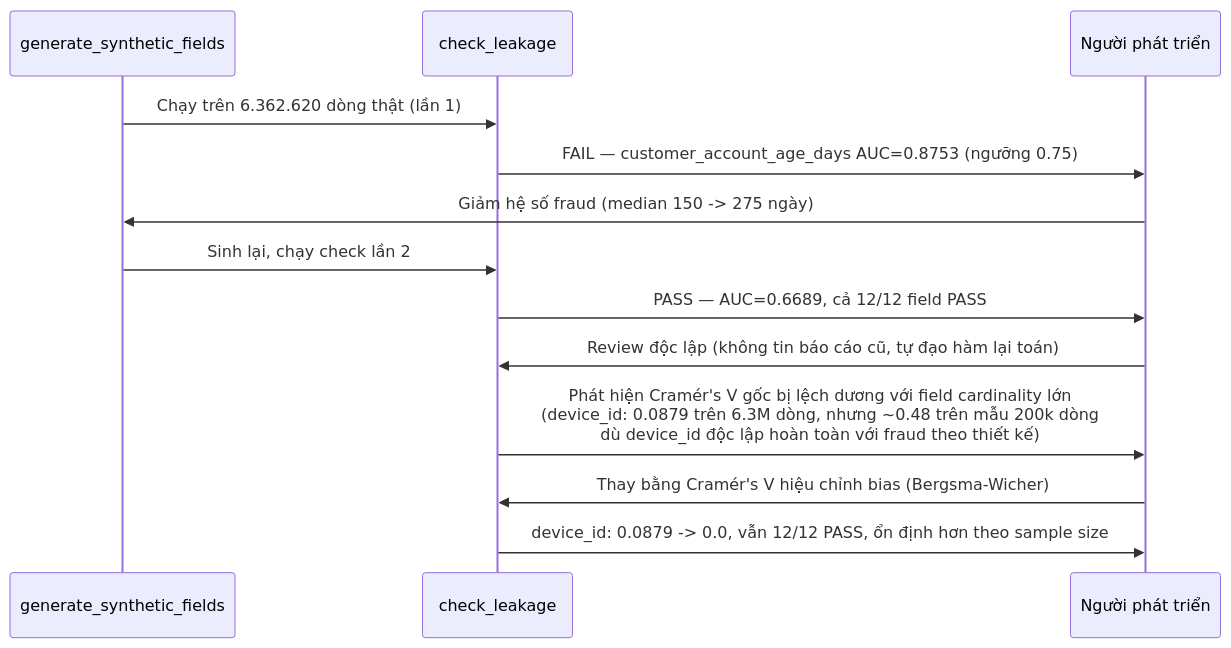
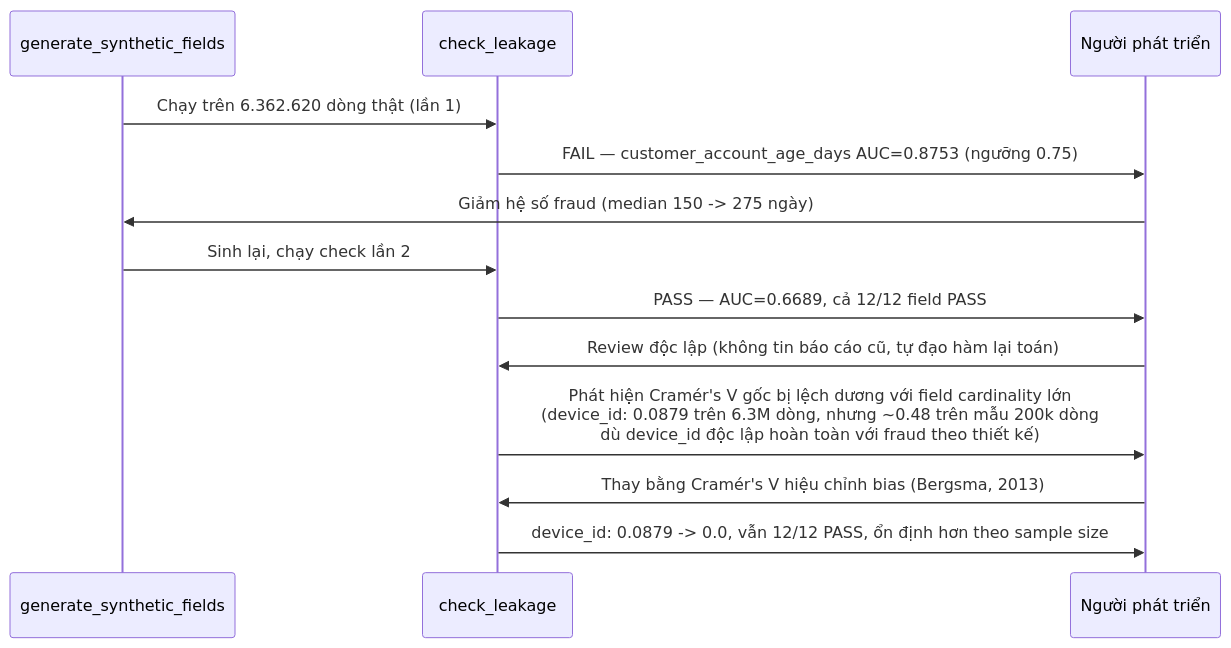
One commit to sutobode/BA_Project changed the seventh of 9 diagrams in README.md. Above: the diagram before and after it, drawn with Mermaid. The commit also changed 3 other files, not shown here.

````diff
--- a/README.md
+++ b/README.md
@@ -141,17 +141,17 @@
 ```mermaid
 sequenceDiagram
     participant Gen as generate_synthetic_fields
     participant Check as check_leakage
     participant Dev as Người phát triển
 
     Gen->>Check: Chạy trên 6.362.620 dòng thật (lần 1)
     Check->>Dev: FAIL — customer_account_age_days AUC=0.8753 (ngưỡng 0.75)
     Dev->>Gen: Giảm hệ số fraud (median 150 -> 275 ngày)
     Gen->>Check: Sinh lại, chạy check lần 2
     Check->>Dev: PASS — AUC=0.6689, cả 12/12 field PASS
 
     Dev->>Check: Review độc lập (không tin báo cáo cũ, tự đạo hàm lại toán)
     Check->>Dev: Phát hiện Cramér's V gốc bị lệch dương với field cardinality lớn<br/>(device_id: 0.0879 trên 6.3M dòng, nhưng ~0.48 trên mẫu 200k dòng<br/>dù device_id độc lập hoàn toàn với fraud theo thiết kế)
-    Dev->>Check: Thay bằng Cramér's V hiệu chỉnh bias (Bergsma-Wicher)
+    Dev->>Check: Thay bằng Cramér's V hiệu chỉnh bias (Bergsma, 2013)
     Check->>Dev: device_id: 0.0879 -> 0.0, vẫn 12/12 PASS, ổn định hơn theo sample size
 ```
````
